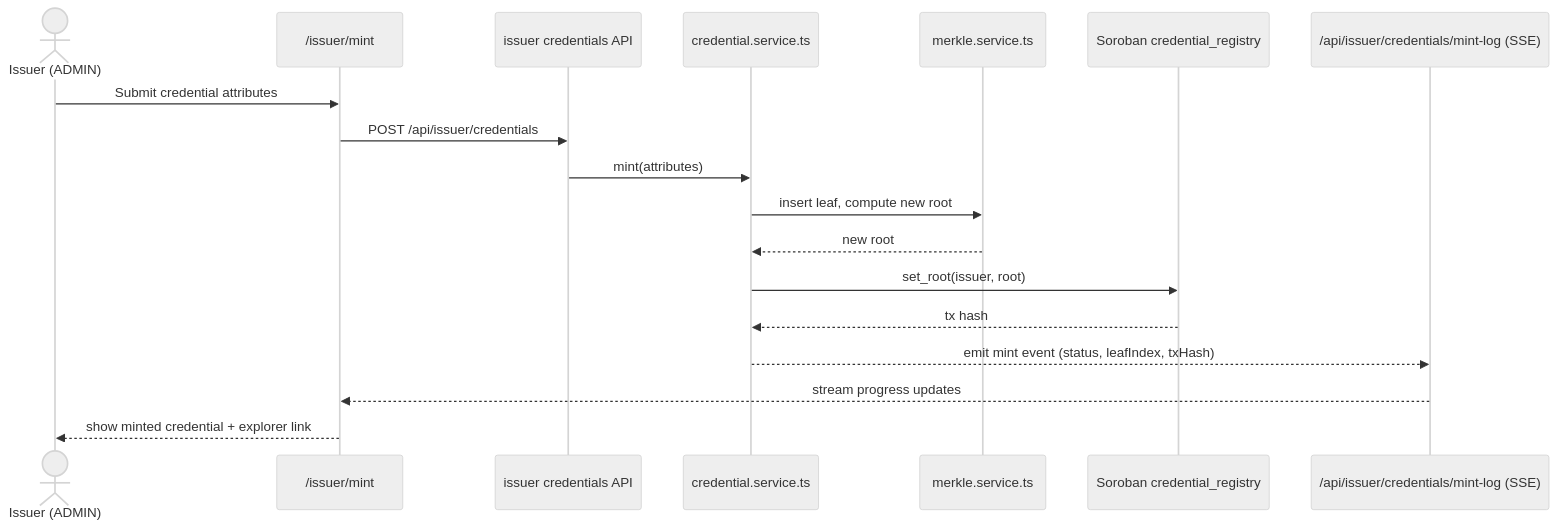
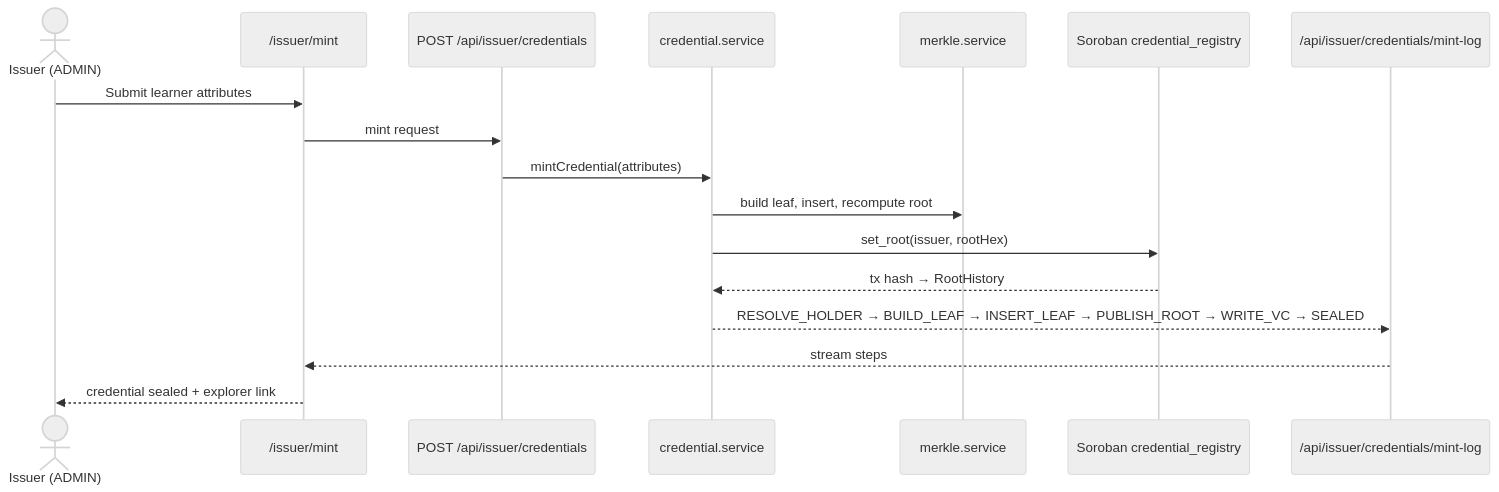
One commit to princeVillamil/zelyo changed the fourth of 5 diagrams in README.md. Above: the diagram before and after it, drawn with Mermaid (neutral theme). The commit also changed other lines of this file, not shown here.

````diff
--- a/README.md
+++ b/README.md
@@ -191,21 +169,20 @@
 ```mermaid
 sequenceDiagram
     actor Issuer as Issuer (ADMIN)
     participant Mint as /issuer/mint
-    participant API as issuer credentials API
-    participant CredSvc as credential.service.ts
-    participant Merkle as merkle.service.ts
-    participant Registry as Soroban credential_registry
-    participant SSE as /api/issuer/credentials/mint-log (SSE)
+    participant API as POST /api/issuer/credentials
+    participant CSvc as credential.service
+    participant MSvc as merkle.service
+    participant Reg as Soroban credential_registry
+    participant SSE as /api/issuer/credentials/mint-log
 
-    Issuer->>Mint: Submit credential attributes
-    Mint->>API: POST /api/issuer/credentials
-    API->>CredSvc: mint(attributes)
-    CredSvc->>Merkle: insert leaf, compute new root
-    Merkle-->>CredSvc: new root
-    CredSvc->>Registry: set_root(issuer, root)
-    Registry-->>CredSvc: tx hash
-    CredSvc-->>SSE: emit mint event (status, leafIndex, txHash)
-    SSE-->>Mint: stream progress updates
-    Mint-->>Issuer: show minted credential + explorer link
+    Issuer->>Mint: Submit learner attributes
+    Mint->>API: mint request
+    API->>CSvc: mintCredential(attributes)
+    CSvc->>MSvc: build leaf, insert, recompute root
+    CSvc->>Reg: set_root(issuer, rootHex)
+    Reg-->>CSvc: tx hash → RootHistory
+    CSvc-->>SSE: RESOLVE_HOLDER → BUILD_LEAF → INSERT_LEAF → PUBLISH_ROOT → WRITE_VC → SEALED
+    SSE-->>Mint: stream steps
+    Mint-->>Issuer: credential sealed + explorer link
 ```
````
